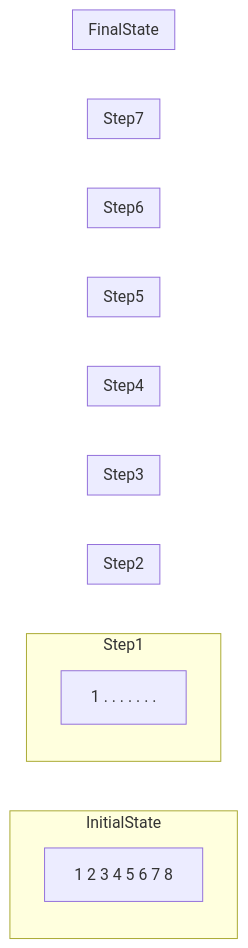
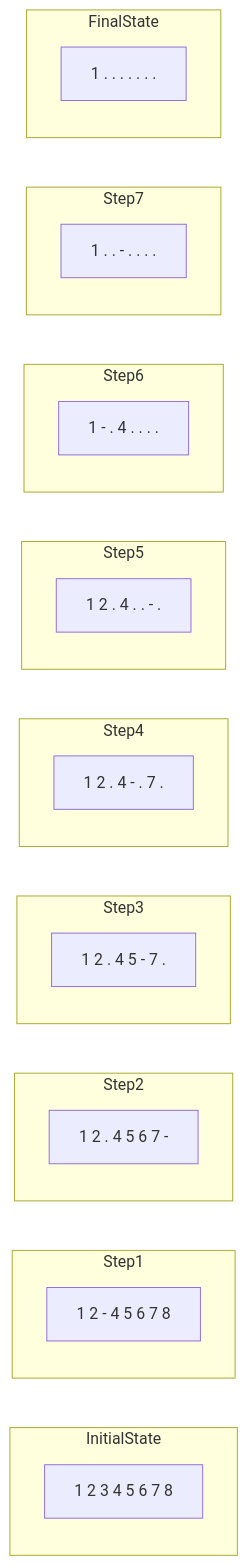
Before and after one commit to zeerre/PLC: the eighth of 8 diagrams in C-C++/algorithembook/AlgorithmCompetitionBeginnersClassicTrainingGuide/README.MD, drawn with Mermaid.

Commit message:
Update the master.comp branch

````diff
--- a/C-C++/algorithembook/AlgorithmCompetitionBeginnersClassicTrainingGuide/README.MD
+++ b/C-C++/algorithembook/AlgorithmCompetitionBeginnersClassicTrainingGuide/README.MD
@@ -2208,30 +2208,30 @@
 ```mermaid
 graph LR
 	  subgraph InitialState
 	  A[1 2 3 4 5 6 7 8]
 	  end
 	  subgraph Step1
 	  B[1 2  -  4 5 6 7 8]
 	  end
 	  subgraph Step2
-	  B[1 2  .  4 5 6 7 -]
+	  C[1 2  .  4 5 6 7 -]
 	  end
 	  subgraph Step3
-	  B[1 2  .  4 5 - 7 .]
+	  D[1 2  .  4 5 - 7 .]
 	  end
 	  subgraph Step4
-	  B[1 2  .  4 - . 7 .]
+	  E[1 2  .  4 - . 7 .]
 	  end
 	  subgraph Step5
-	  B[1 2  .  4 . . - .]
+	  F[1 2  .  4 . . - .]
 	  end
 	  subgraph Step6
-	  B[1 -  .  4 . . . .]
+	  G[1 -  .  4 . . . .]
 	  end
 	  subgraph Step7
-	  B[1 .  .  - . . . .]
+	  H[1 .  .  - . . . .]
 	  end
 	  subgraph FinalState
-	  B[1 .  .  . . . . .]
+	  I[1 .  .  . . . . .]
 	  end
 ```
````
